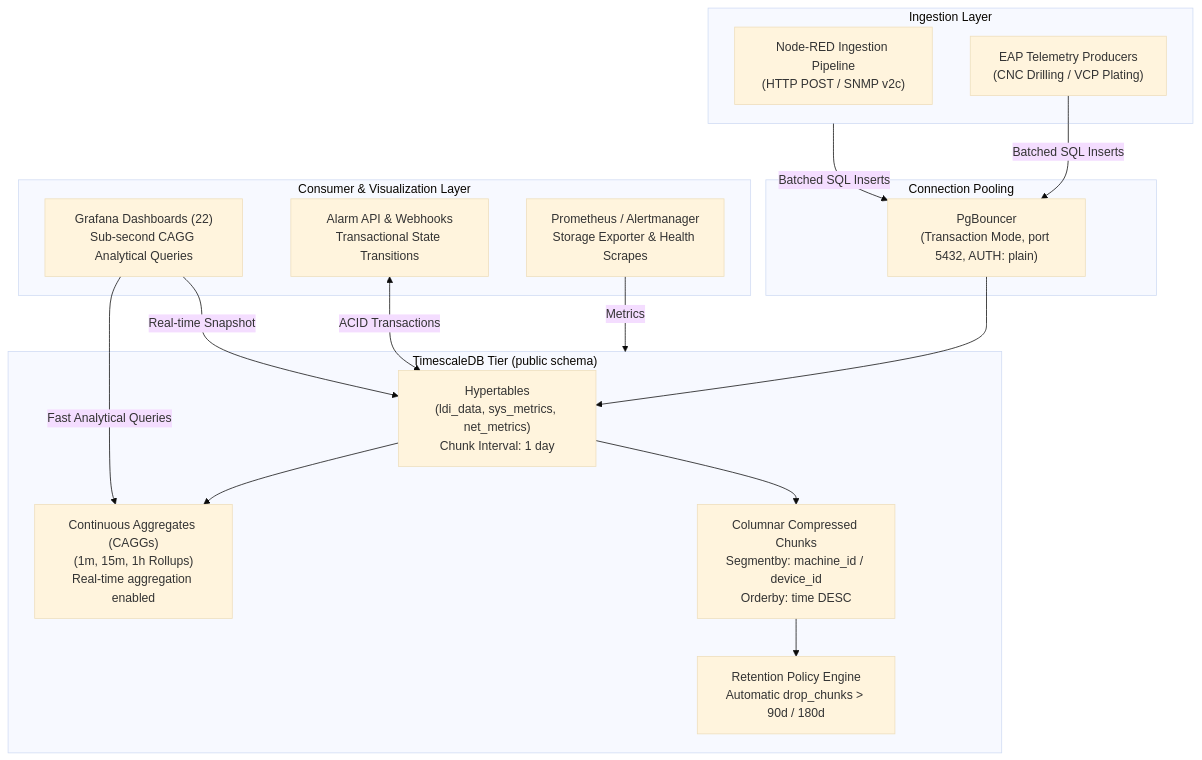
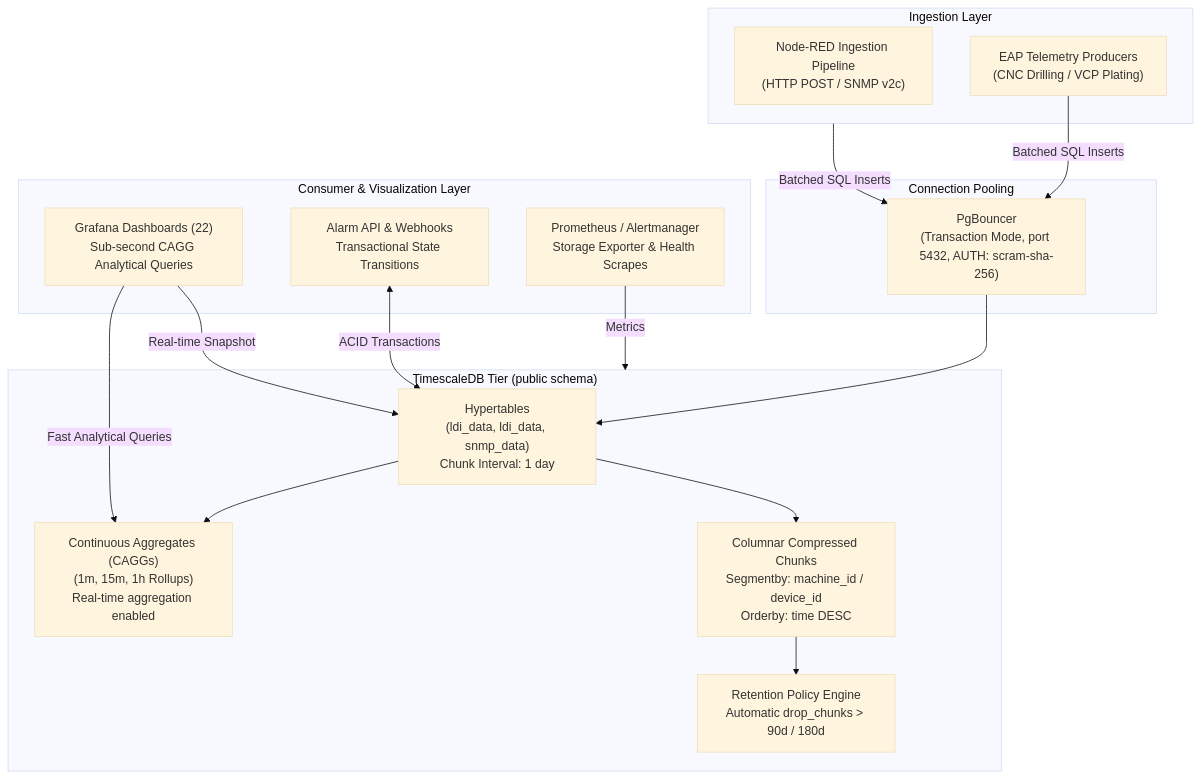
One commit to PATTANAKORN025/IMS changed the diagram in docs/architecture/decisions/0002-timescaledb-for-timeseries.md. Above: the diagram before and after it, drawn with Mermaid (base theme). The commit also changed 36 other files, not shown here.

First line of the commit message:
fix(docs): reconcile 115 mermaid diagrams with architecture across 3 languages

````diff
--- a/docs/architecture/decisions/0002-timescaledb-for-timeseries.md
+++ b/docs/architecture/decisions/0002-timescaledb-for-timeseries.md
@@ -82,48 +82,48 @@
 ```mermaid
 flowchart TD
   subgraph INGEST["Ingestion Layer"]
     NR["Node-RED Ingestion Pipeline
 (HTTP POST / SNMP v2c)"]
     EAP["EAP Telemetry Producers
 (CNC Drilling / VCP Plating)"]
   end
 
   subgraph POOL["Connection Pooling"]
     PGB["PgBouncer
-(Transaction Mode, port 5432, AUTH: plain)"]
+(Transaction Mode, port 5432, AUTH: scram-sha-256)"]
   end
 
   subgraph STORAGE["TimescaleDB Tier (public schema)"]
     HT["Hypertables
-(ldi_data, sys_metrics, net_metrics)
+(ldi_data, ldi_data, snmp_data)
 Chunk Interval: 1 day"]
     CAGG["Continuous Aggregates (CAGGs)
 (1m, 15m, 1h Rollups)
 Real-time aggregation enabled"]
     COMP["Columnar Compressed Chunks
 Segmentby: machine_id / device_id
 Orderby: time DESC"]
     RET["Retention Policy Engine
 Automatic drop_chunks > 90d / 180d"]
   end
 
   subgraph CLIENTS["Consumer & Visualization Layer"]
     GRAF["Grafana Dashboards (22)
 Sub-second CAGG Analytical Queries"]
     ALARM["Alarm API & Webhooks
 Transactional State Transitions"]
     PROM["Prometheus / Alertmanager
 Storage Exporter & Health Scrapes"]
   end
 
   INGEST -->|Batched SQL Inserts| PGB
   EAP -->|Batched SQL Inserts| PGB
   PGB --> HT
   HT --> CAGG
   HT --> COMP
   COMP --> RET
   GRAF -->|Fast Analytical Queries| CAGG
   GRAF -->|Real-time Snapshot| HT
   ALARM <-->|ACID Transactions| HT
   PROM -->|Metrics| STORAGE
 ```
````
